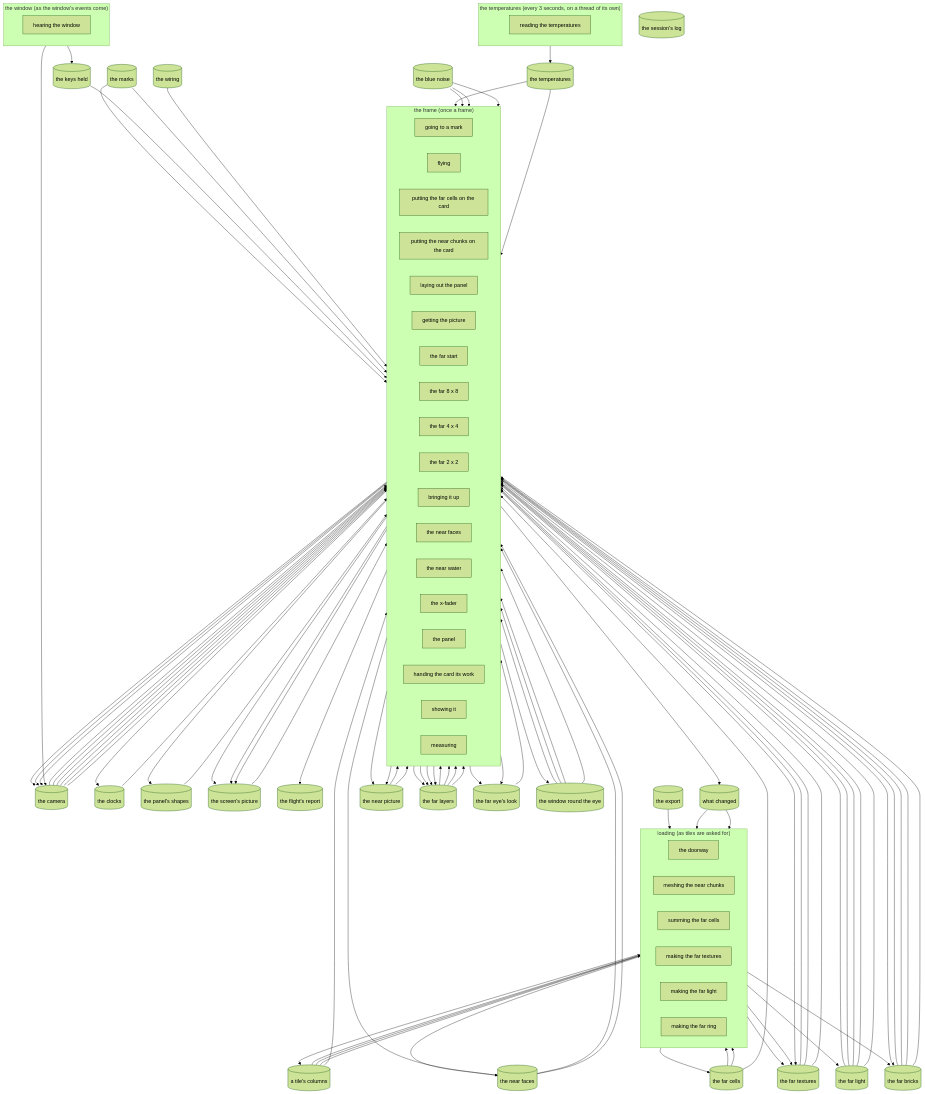
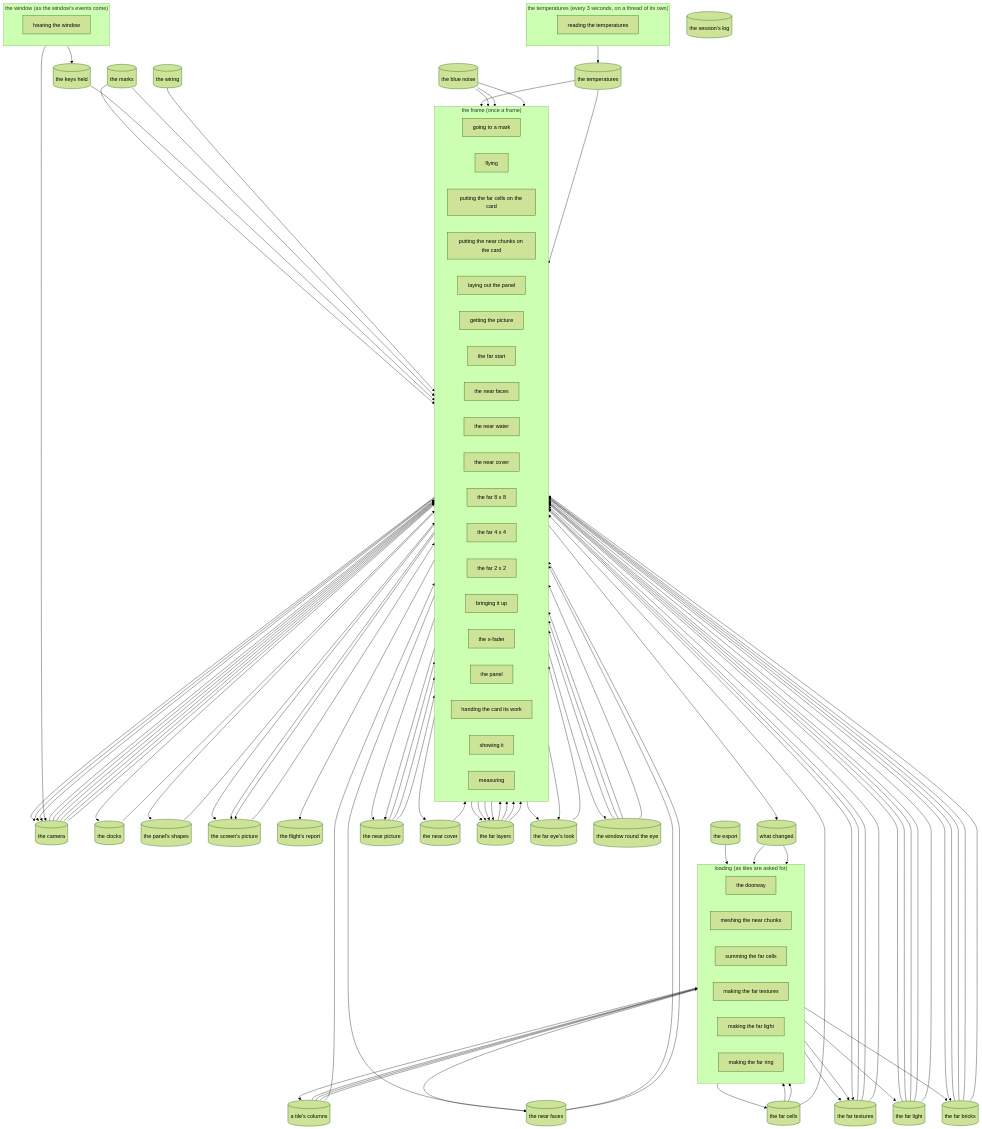
One commit to david138collins/incus-artus changed the diagram in master/map.md. Above: the diagram before and after it, drawn with Mermaid (forest theme). The commit also changed other lines of this file and 11 other files, not shown here.

```diff
--- a/master/map.md
+++ b/master/map.md
@@ -23,12 +23,13 @@
     pass_laying_out_the_panel["laying out the panel"]
     pass_getting_the_picture["getting the picture"]
     pass_the_far_start["the far start"]
+    pass_the_near_faces["the near faces"]
+    pass_the_near_water["the near water"]
+    pass_the_near_cover["the near cover"]
     pass_the_far_8_x_8["the far 8 x 8"]
     pass_the_far_4_x_4["the far 4 x 4"]
     pass_the_far_2_x_2["the far 2 x 2"]
     pass_bringing_it_up["bringing it up"]
-    pass_the_near_faces["the near faces"]
-    pass_the_near_water["the near water"]
     pass_the_x_fader["the x-fader"]
     pass_the_panel["the panel"]
     pass_handing_the_card_its_work["handing the card its work"]
@@ -63,6 +64,7 @@
   store_the_far_cells[("the far cells")]
   store_the_near_faces[("the near faces")]
   store_the_near_picture[("the near picture")]
+  store_the_near_cover[("the near cover")]
   store_the_far_bricks[("the far bricks")]
   store_the_far_layers[("the far layers")]
   store_the_far_eye_s_look[("the far eye's look")]
@@ -99,12 +101,24 @@
   store_the_far_bricks --> pass_the_far_start
   store_the_far_eye_s_look --> pass_the_far_start
   pass_the_far_start --> store_the_far_layers
+  store_the_near_faces --> pass_the_near_faces
+  store_the_far_light --> pass_the_near_faces
+  store_the_camera --> pass_the_near_faces
+  pass_the_near_faces --> store_the_near_picture
+  store_the_near_faces --> pass_the_near_water
+  store_the_near_picture --> pass_the_near_water
+  store_the_far_light --> pass_the_near_water
+  store_the_camera --> pass_the_near_water
+  pass_the_near_water --> store_the_near_picture
+  store_the_near_picture --> pass_the_near_cover
+  pass_the_near_cover --> store_the_near_cover
   store_the_far_bricks --> pass_the_far_8_x_8
   store_the_far_textures --> pass_the_far_8_x_8
   store_the_far_light --> pass_the_far_8_x_8
   store_the_blue_noise --> pass_the_far_8_x_8
   store_the_window_round_the_eye --> pass_the_far_8_x_8
   store_the_far_layers --> pass_the_far_8_x_8
+  store_the_near_cover --> pass_the_far_8_x_8
   pass_the_far_8_x_8 --> store_the_far_layers
   store_the_far_bricks --> pass_the_far_4_x_4
   store_the_far_textures --> pass_the_far_4_x_4
@@ -122,15 +136,6 @@
   pass_the_far_2_x_2 --> store_the_far_layers
   store_the_far_layers --> pass_bringing_it_up
   pass_bringing_it_up --> store_the_screen_s_picture
-  store_the_near_faces --> pass_the_near_faces
-  store_the_far_light --> pass_the_near_faces
-  store_the_camera --> pass_the_near_faces
-  pass_the_near_faces --> store_the_near_picture
-  store_the_near_faces --> pass_the_near_water
-  store_the_near_picture --> pass_the_near_water
-  store_the_far_light --> pass_the_near_water
-  store_the_camera --> pass_the_near_water
-  pass_the_near_water --> store_the_near_picture
   store_the_near_picture --> pass_the_x_fader
   pass_the_x_fader --> store_the_screen_s_picture
   store_the_panel_s_shapes --> pass_the_panel
```
